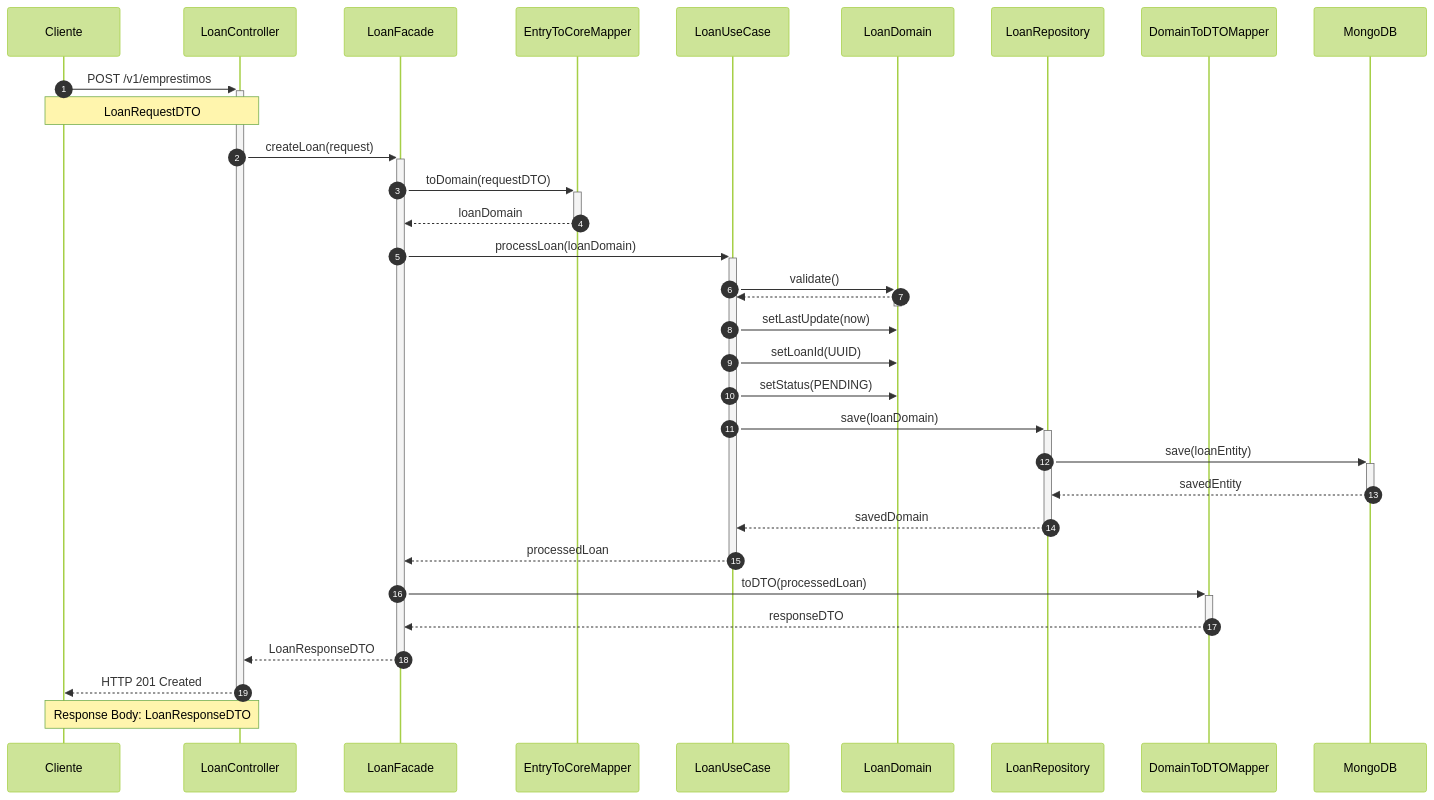
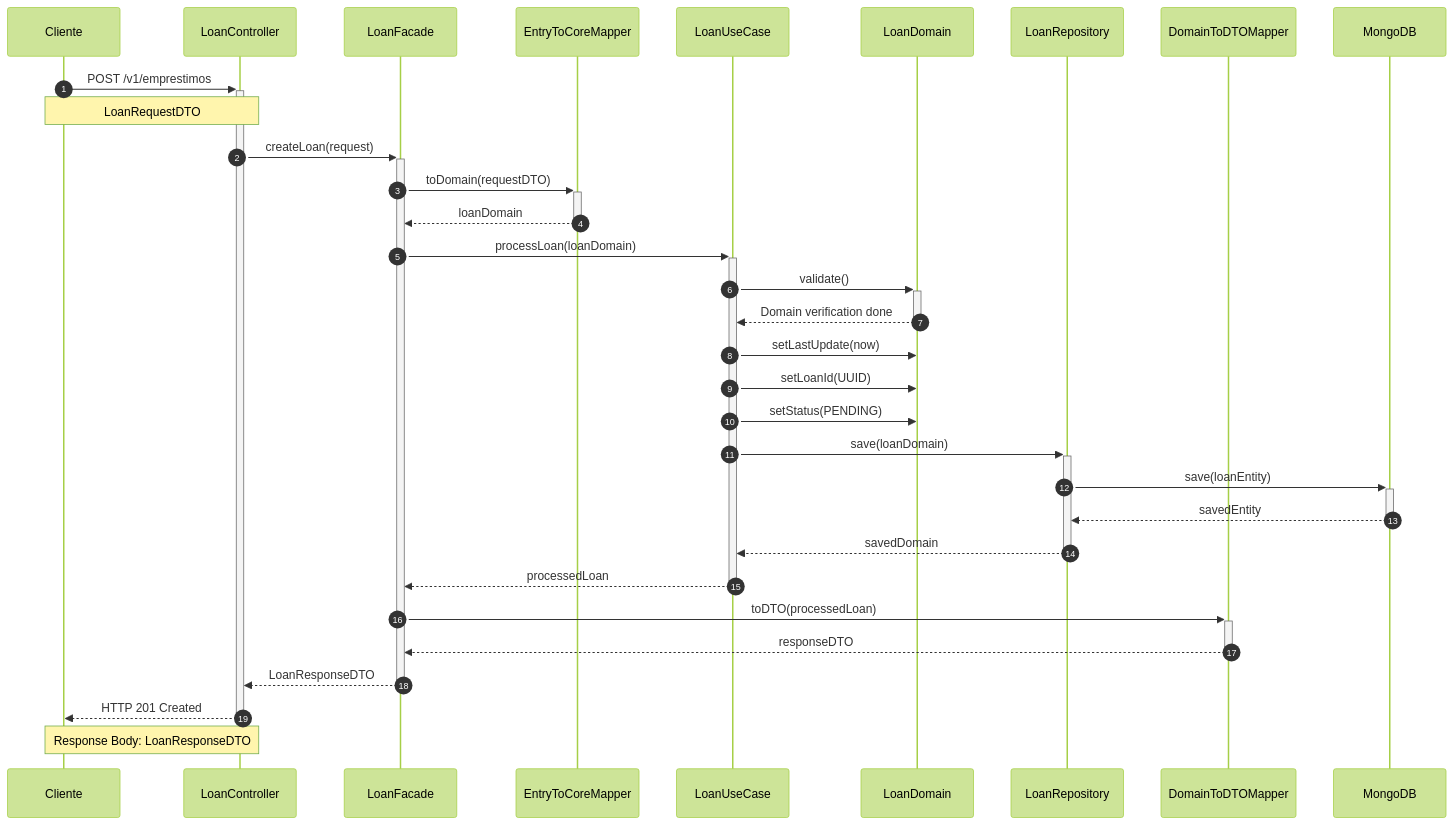
Before and after one commit to wallanpsantos/spring-studious-lab-aws: the diagram in documentation/diagrama-sequencia/loan-sequence.mermaid, drawn with Mermaid (forest theme). The commit also changed 6 other files, not shown here.

Commit message:
doc: Diagrama de sequencia Loan; Clean_Architecture

```diff
--- a/documentation/diagrama-sequencia/loan-sequence.mermaid
+++ b/documentation/diagrama-sequencia/loan-sequence.mermaid
@@ -1,42 +1,42 @@
 sequenceDiagram
     autonumber
-    
+
     participant C as Cliente
     participant LC as LoanController
     participant LF as LoanFacade
     participant ETM as EntryToCoreMapper
     participant LU as LoanUseCase
     participant LD as LoanDomain
     participant LR as LoanRepository
     participant DTM as DomainToDTOMapper
     participant M as MongoDB
 
     C->>+LC: POST /v1/emprestimos
     Note over C,LC: LoanRequestDTO
 
     LC->>+LF: createLoan(request)
     LF->>+ETM: toDomain(requestDTO)
     ETM-->>-LF: loanDomain
-    
+
     LF->>+LU: processLoan(loanDomain)
-    
+
     LU->>+LD: validate()
-    LD-->>-LU: 
-    
+    LD-->>-LU: Domain verification done
+
     LU->>LD: setLastUpdate(now)
     LU->>LD: setLoanId(UUID)
     LU->>LD: setStatus(PENDING)
-    
+
     LU->>+LR: save(loanDomain)
     LR->>+M: save(loanEntity)
     M-->>-LR: savedEntity
     LR-->>-LU: savedDomain
-    
+
     LU-->>-LF: processedLoan
-    
+
     LF->>+DTM: toDTO(processedLoan)
     DTM-->>-LF: responseDTO
-    
+
     LF-->>-LC: LoanResponseDTO
     LC-->>-C: HTTP 201 Created
     Note over LC,C: Response Body: LoanResponseDTO
```
